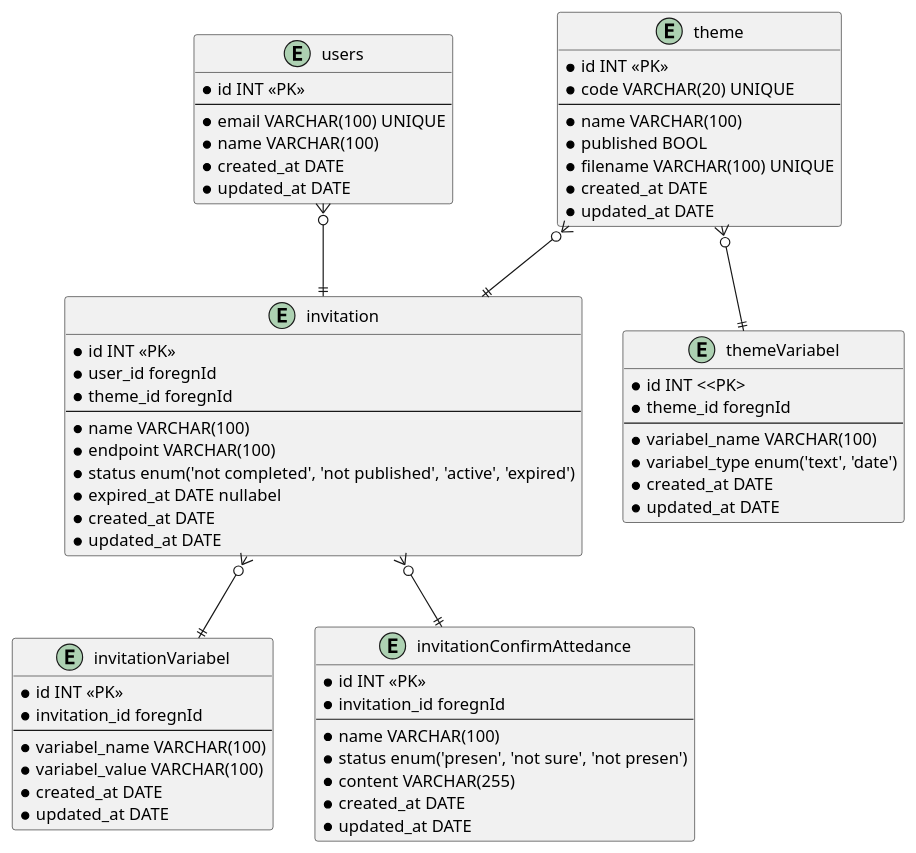
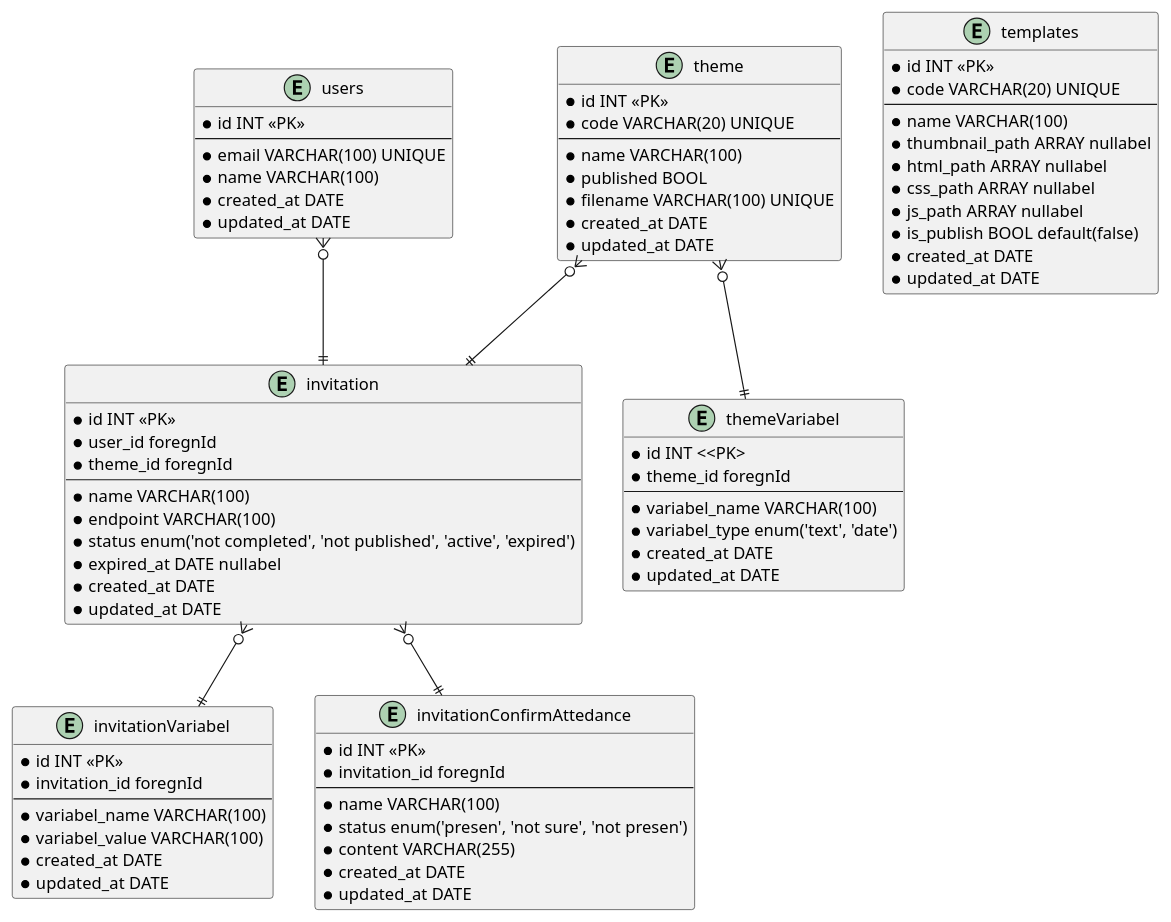
One commit to dinarwijaksono/undangan-online changed the diagram in docs/database_desain_v1-0-0.puml. Above: the diagram before and after it, drawn with PlantUML. The commit also changed 5 other files, not shown here.

```diff
--- a/docs/database_desain_v1-0-0.puml
+++ b/docs/database_desain_v1-0-0.puml
@@ -1,74 +1,88 @@
 @startuml
 
 entity users {
     * id INT <<PK>>
     --
     * email VARCHAR(100) UNIQUE
     * name VARCHAR(100)
+    * created_at DATE
+    * updated_at DATE 
+}
+
+entity templates {
+    * id INT <<PK>>
+    * code VARCHAR(20) UNIQUE
+    --
+    * name VARCHAR(100)
+    * thumbnail_path ARRAY nullabel
+    * html_path ARRAY nullabel
+    * css_path ARRAY nullabel
+    * js_path ARRAY nullabel
+    * is_publish BOOL default(false)
     * created_at DATE
     * updated_at DATE 
 }
 
 entity theme {
     * id INT <<PK>>
     * code VARCHAR(20) UNIQUE
     --
     * name VARCHAR(100)
     * published BOOL
     * filename VARCHAR(100) UNIQUE
     * created_at DATE
     * updated_at DATE 
 }
 
 entity themeVariabel {
     * id INT <<PK>
     * theme_id foregnId
     --
     * variabel_name VARCHAR(100)
     * variabel_type enum('text', 'date')
     * created_at DATE
     * updated_at DATE 
 }
 
 entity invitation {
     * id INT <<PK>>
     * user_id foregnId
     * theme_id foregnId
     --
     * name VARCHAR(100)
     * endpoint VARCHAR(100)
     * status enum('not completed', 'not published', 'active', 'expired')
     * expired_at DATE nullabel
     * created_at DATE
     * updated_at DATE 
 }
 
 entity invitationVariabel {
     * id INT <<PK>>
     * invitation_id foregnId
     --
     * variabel_name VARCHAR(100)
     * variabel_value VARCHAR(100)
     * created_at DATE
     * updated_at DATE 
 }
 
 entity invitationConfirmAttedance {
     * id INT <<PK>>
     * invitation_id foregnId
     --
     * name VARCHAR(100)
     * status enum('presen', 'not sure', 'not presen')
     * content VARCHAR(255)
     * created_at DATE
     * updated_at DATE 
 }
 
 users }o--|| invitation  
 theme }o--|| themeVariabel  
 theme }o--|| invitation
 invitation }o--|| invitationVariabel
 invitation }o--|| invitationConfirmAttedance
 
 
 @enduml
```
